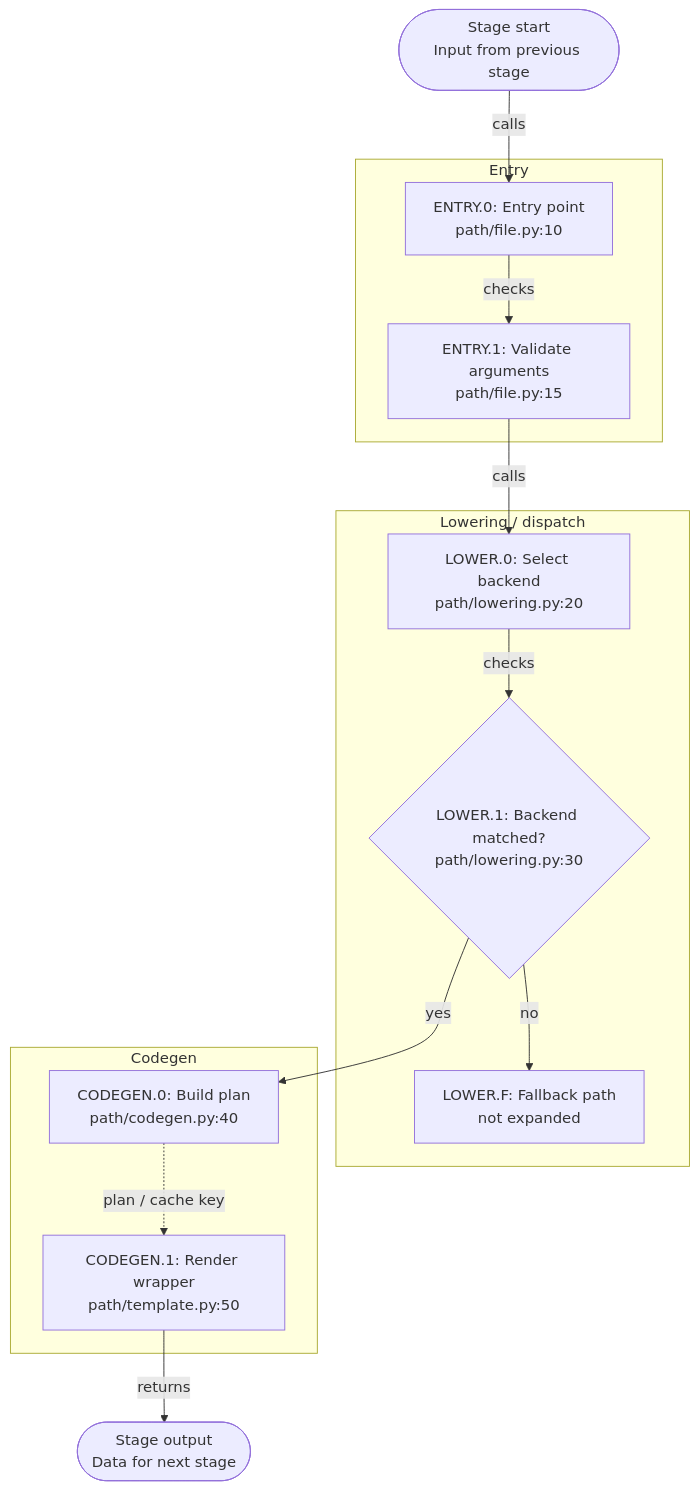
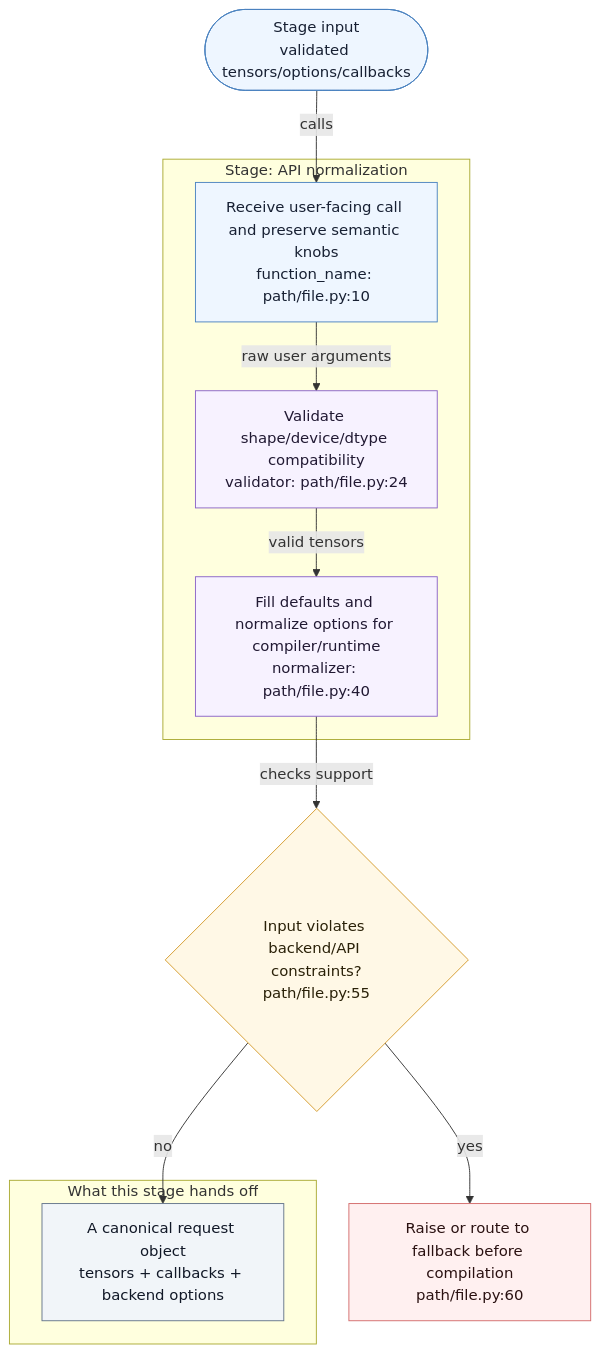
The second of 2 diagrams in feature-code-tour/references/workflow.md (WanhaoZhang/agent-skills), drawn with Mermaid before and after one commit. The commit also changed other lines of this file and 4 other files, not shown here.

````diff
--- a/feature-code-tour/references/workflow.md
+++ b/feature-code-tour/references/workflow.md
@@ -100,33 +142,40 @@
 ```mermaid
 flowchart TD
-    STAGE_START(["Stage start<br/>Input from previous stage"])
+    STAGE_START(["Stage input<br/>validated tensors/options/callbacks"])
 
-    subgraph ENTRY["Entry"]
-        ENTRY_0["ENTRY.0: Entry point<br/>path/file.py:10"]
-        ENTRY_1["ENTRY.1: Validate arguments<br/>path/file.py:15"]
+    subgraph API_STAGE["Stage: API normalization"]
+        API_0["Receive user-facing call and preserve semantic knobs<br/>function_name: path/file.py:10"]
+        API_1["Validate shape/device/dtype compatibility<br/>validator: path/file.py:24"]
+        API_2["Fill defaults and normalize options for compiler/runtime<br/>normalizer: path/file.py:40"]
     end
 
-    subgraph LOWERING["Lowering / dispatch"]
-        LOWER_0["LOWER.0: Select backend<br/>path/lowering.py:20"]
-        LOWER_1{"LOWER.1: Backend matched?<br/>path/lowering.py:30"}
-        LOWER_FALLBACK["LOWER.F: Fallback path<br/>not expanded"]
+    subgraph API_OUTPUT["What this stage hands off"]
+        API_OUT["A canonical request object<br/>tensors + callbacks + backend options"]
     end
 
-    subgraph CODEGEN["Codegen"]
-        CODEGEN_0["CODEGEN.0: Build plan<br/>path/codegen.py:40"]
-        CODEGEN_1["CODEGEN.1: Render wrapper<br/>path/template.py:50"]
-    end
+    API_BAD{"Input violates backend/API constraints?<br/>path/file.py:55"}
+    API_ERR["Raise or route to fallback before compilation<br/>path/file.py:60"]
 
-    STAGE_OUT(["Stage output<br/>Data for next stage"])
+    STAGE_START -->|calls| API_0
+    API_0 -->|raw user arguments| API_1
+    API_1 -->|valid tensors| API_2
+    API_2 -->|checks support| API_BAD
+    API_BAD -- no --> API_OUT
+    API_BAD -- yes --> API_ERR
 
-    STAGE_START -->|calls| ENTRY_0
-    ENTRY_0 -->|checks| ENTRY_1
-    ENTRY_1 -->|calls| LOWER_0
-    LOWER_0 -->|checks| LOWER_1
-    LOWER_1 -- yes --> CODEGEN_0
-    LOWER_1 -- no --> LOWER_FALLBACK
-    CODEGEN_0 -. plan / cache key .-> CODEGEN_1
-    CODEGEN_1 -->|returns| STAGE_OUT
+    classDef entry fill:#eef6ff,stroke:#4b83c0,color:#172033
+    classDef transform fill:#f7f2ff,stroke:#8a63c7,color:#211933
+    classDef decision fill:#fff8e6,stroke:#d49a2a,color:#2a2108
+    classDef fallback fill:#fff0f0,stroke:#d36b6b,color:#2a1111
+    classDef output fill:#f1f5f9,stroke:#64748b,color:#111827
 
-    click ENTRY_0 "vscode://file/<absolute-path>/path/file.py:10:1"
+    class STAGE_START,API_0 entry
+    class API_1,API_2 transform
+    class API_BAD decision
+    class API_ERR fallback
+    class API_OUT output
+
+    click API_0 "vscode://file/<absolute-path>/path/file.py:10:1"
+    click API_1 "vscode://file/<absolute-path>/path/file.py:24:1"
+    click API_2 "vscode://file/<absolute-path>/path/file.py:40:1"
 ```
````
